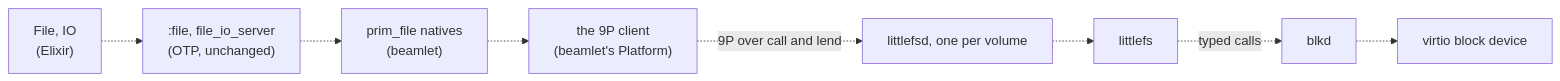
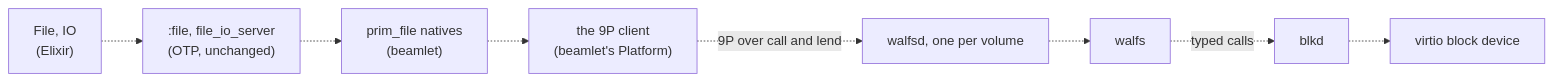
Before and after one commit to sirmick/redoubt: the diagram in docs/userland/files.md, drawn with Mermaid. The commit also changed other lines of this file and 25 other files, not shown here.

````diff
--- a/docs/userland/files.md
+++ b/docs/userland/files.md
@@ -72,10 +72,10 @@
 ```mermaid
 flowchart LR
     F["File, IO<br/>(Elixir)"] -.-> FM[":file, file_io_server<br/>(OTP, unchanged)"]
     FM -.-> PF["prim_file natives<br/>(beamlet)"]
     PF -.-> C["the 9P client<br/>(beamlet's Platform)"]
-    C -.->|"9P over call and lend"| LFSD["littlefsd, one per volume"]
-    LFSD -.-> LFS["littlefs"]
+    C -.->|"9P over call and lend"| LFSD["walfsd, one per volume"]
+    LFSD -.-> LFS["walfs"]
     LFS -.->|"typed calls"| B["blkd"]
     B -.-> D["virtio block device"]
 ```
````
